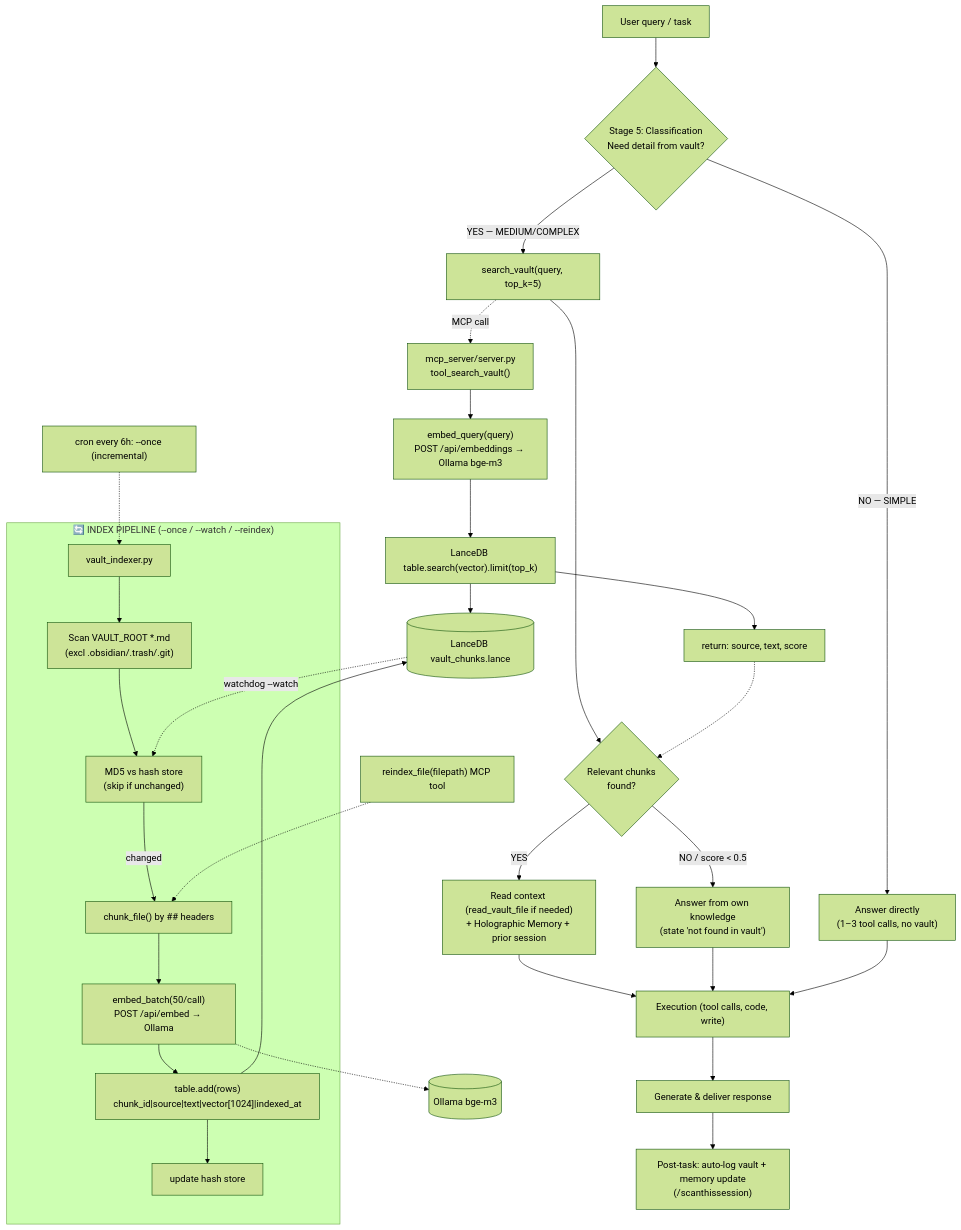
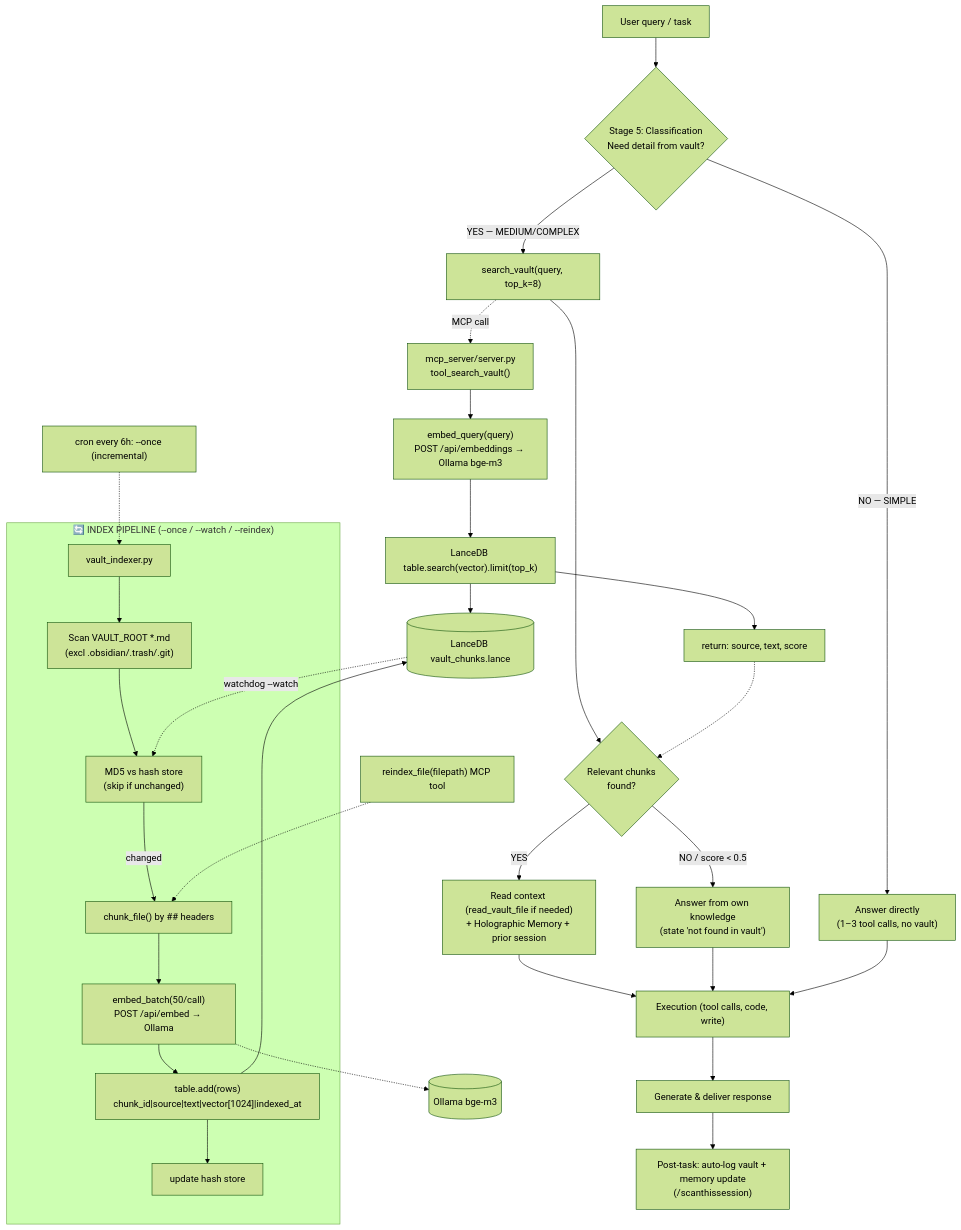
Before and after one commit to brodewa369/roowet-semantic-vault-search: the second of 2 diagrams in README.md, drawn with Mermaid (forest theme). The commit also changed other lines of this file and 2 other files, not shown here.

Commit message:
feat: raise default top_k 5->8, add per-entry chunking for 04-LOGS/
- mcp_server/server.py + indexer: default search_vault top_k 5->8 (better recall at negligible cost, verified via eval)
- indexer: split 04-LOGS/ notes per '## HH:MM' entry so date-specific queries hit the exact log entry instead of a merged section
- README + schema defaults synced to top_k=8

````diff
--- a/README.md
+++ b/README.md
@@ -144,41 +144,41 @@
 ```mermaid
 flowchart TD
     %% ===== STAGE 5 CLASSIFICATION (agent detects need first) =====
     S1["User query / task"] --> S5{"Stage 5: Classification<br/>Need detail from vault?"}
     S5 -->|NO — SIMPLE| S5a["Answer directly<br/>(1–3 tool calls, no vault)"]
-    S5 -->|YES — MEDIUM/COMPLEX| S5b["search_vault(query, top_k=5)"]
+    S5 -->|YES — MEDIUM/COMPLEX| S5b["search_vault(query, top_k=8)"]
 
     S5b --> S5c{"Relevant chunks<br/>found?"}
     S5c -->|YES| S5d["Read context (read_vault_file if needed)<br/>+ Holographic Memory + prior session"]
     S5c -->|NO / score < 0.5| S5e["Answer from own knowledge<br/>(state 'not found in vault')"]
     S5d --> S6["Execution (tool calls, code, write)"]
     S5e --> S6
     S5a --> S6
     S6 --> S7["Generate & deliver response"]
     S7 --> S8["Post-task: auto-log vault + memory update<br/>(/scanthissession)"]
 
     %% ===== QUERY MECHANISM =====
     S5b -.->|MCP call| Q1["mcp_server/server.py<br/>tool_search_vault()"]
     Q1 --> Q2["embed_query(query)<br/>POST /api/embeddings → Ollama bge-m3"]
     Q2 --> Q3["LanceDB table.search(vector).limit(top_k)"]
     Q3 --> Q4["return: source, text, score"]
     Q4 -.-> S5c
 
     %% ===== INDEX PIPELINE =====
     subgraph IDX["🔄 INDEX PIPELINE (--once / --watch / --reindex)"]
         I1["vault_indexer.py"] --> I2["Scan VAULT_ROOT *.md<br/>(excl .obsidian/.trash/.git)"]
         I2 --> I3["MD5 vs hash store<br/>(skip if unchanged)"]
         I3 -->|changed| I4["chunk_file() by ## headers"]
         I4 --> I5["embed_batch(50/call)<br/>POST /api/embed → Ollama"]
         I5 --> I6["table.add(rows)<br/>chunk_id|source|text|vector[1024]|indexed_at"]
         I6 --> I7["update hash store"]
     end
     I5 -.-> OLLAMA[(Ollama bge-m3)]
     I6 --> LANCE[(LanceDB vault_chunks.lance)]
     Q3 --> LANCE
     LANCE -.->|watchdog --watch| I3
 
     %% ===== MAINTENANCE =====
     M1["cron every 6h: --once (incremental)"] -.-> I1
     M2["reindex_file(filepath) MCP tool"] -.-> I4
 ```
````
